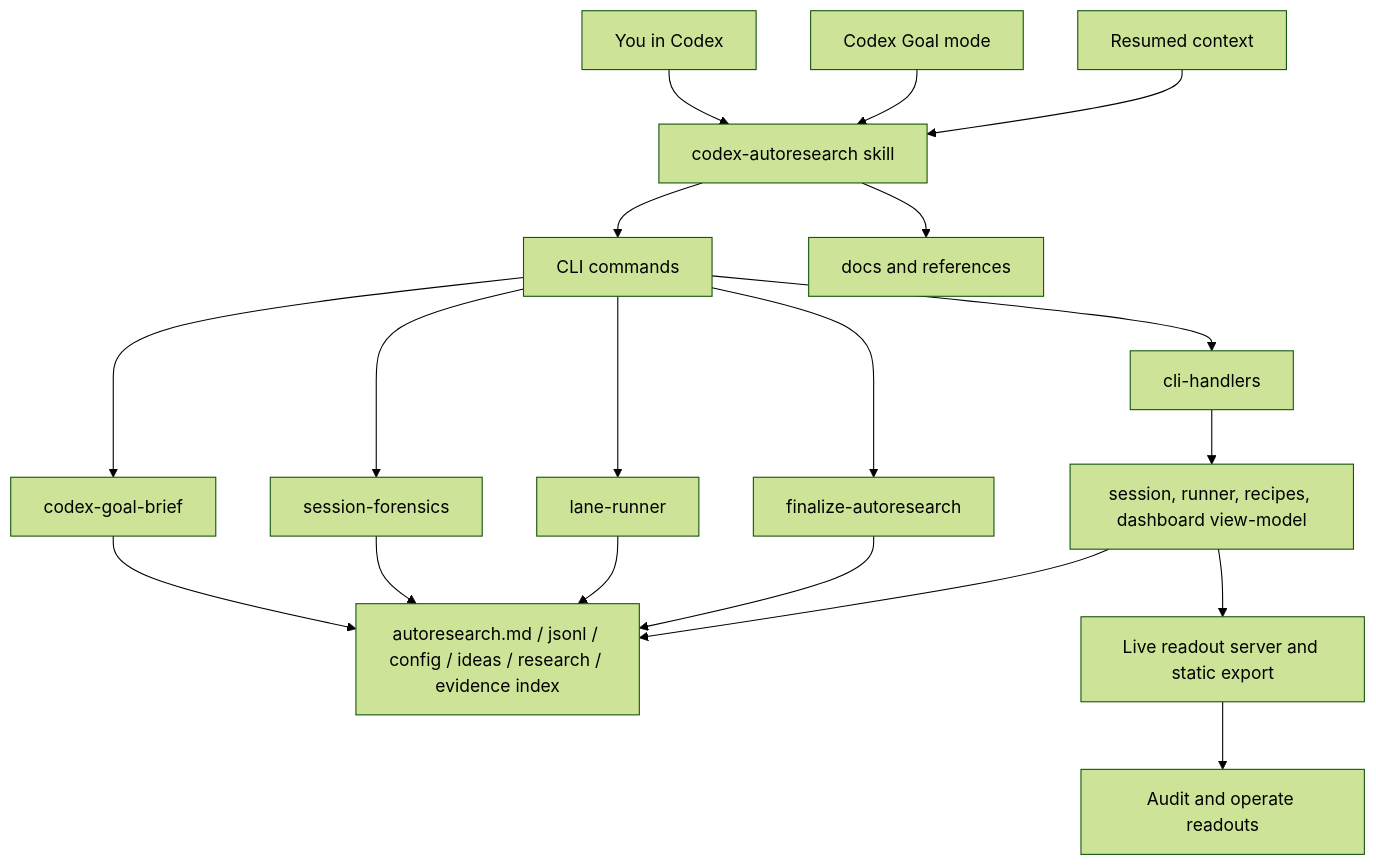
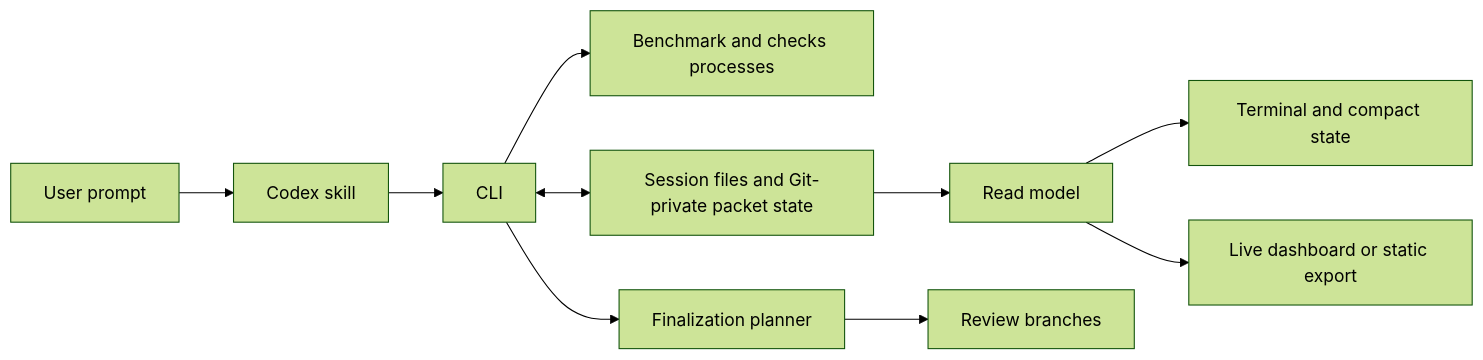
Before and after one commit to TheGreenCedar/codex-autoresearch: the first of 5 diagrams in plugins/codex-autoresearch/docs/architecture.md, drawn with Mermaid (forest theme). The commit also changed other lines of this file and 98 other files, not shown here.

Commit message:
Release Codex Autoresearch 2.6.0 hardening

````diff
--- a/plugins/codex-autoresearch/docs/architecture.md
+++ b/plugins/codex-autoresearch/docs/architecture.md
@@ -7,21 +12,12 @@
 ```mermaid
-flowchart TD
-  U["You in Codex"] --> S["codex-autoresearch skill"]
-  Goal["Codex Goal mode"] --> S
-  A["Resumed context"] --> S
-  S --> CLI["CLI commands"]
-  S --> SkillDocs["docs and references"]
-  CLI --> GoalBridge["codex-goal-brief"]
-  CLI --> Forensics["session-forensics"]
-  CLI --> LaneRunner["lane-runner"]
-  CLI --> Finalizer["finalize-autoresearch"]
-  CLI --> H["cli-handlers"]
-  GoalBridge --> Files
-  Forensics --> Files
-  LaneRunner --> Files
-  Finalizer --> Files
-  H --> Core["session, runner, recipes, dashboard view-model"]
-  Core --> Files["autoresearch.md / jsonl / config / ideas / research / evidence index"]
-  Core --> Dash["Live readout server and static export"]
-  Dash --> Browser["Audit and operate readouts"]
+flowchart LR
+  U["User prompt"] --> S["Codex skill"]
+  S --> CLI["CLI"]
+  CLI --> Run["Benchmark and checks processes"]
+  CLI <--> State["Session files and Git-private packet state"]
+  State --> VM["Read model"]
+  VM --> Report["Terminal and compact state"]
+  VM --> Dash["Live dashboard or static export"]
+  CLI --> Final["Finalization planner"]
+  Final --> Git["Review branches"]
 ```
````
